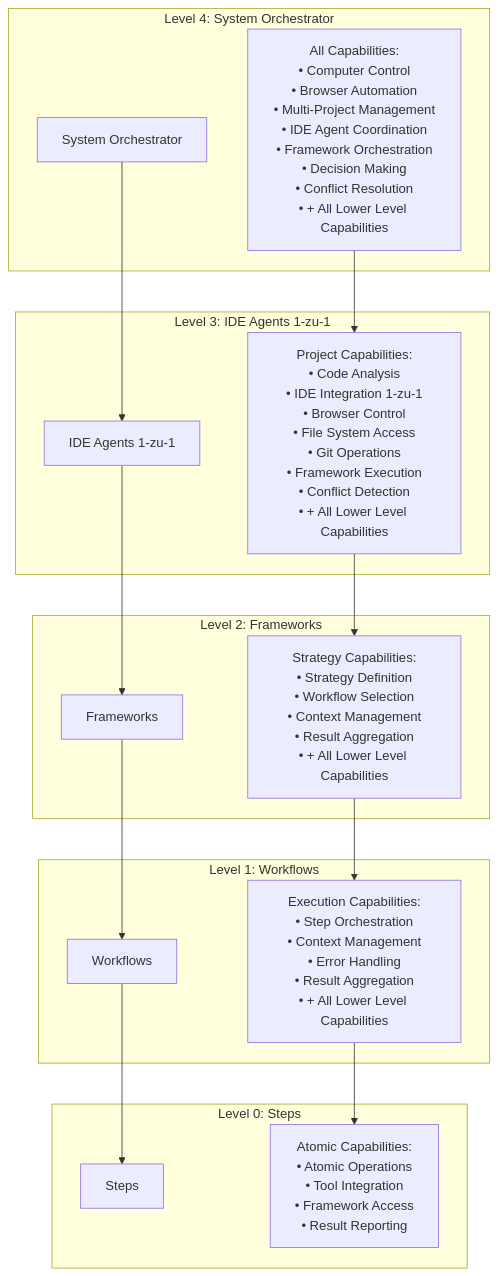
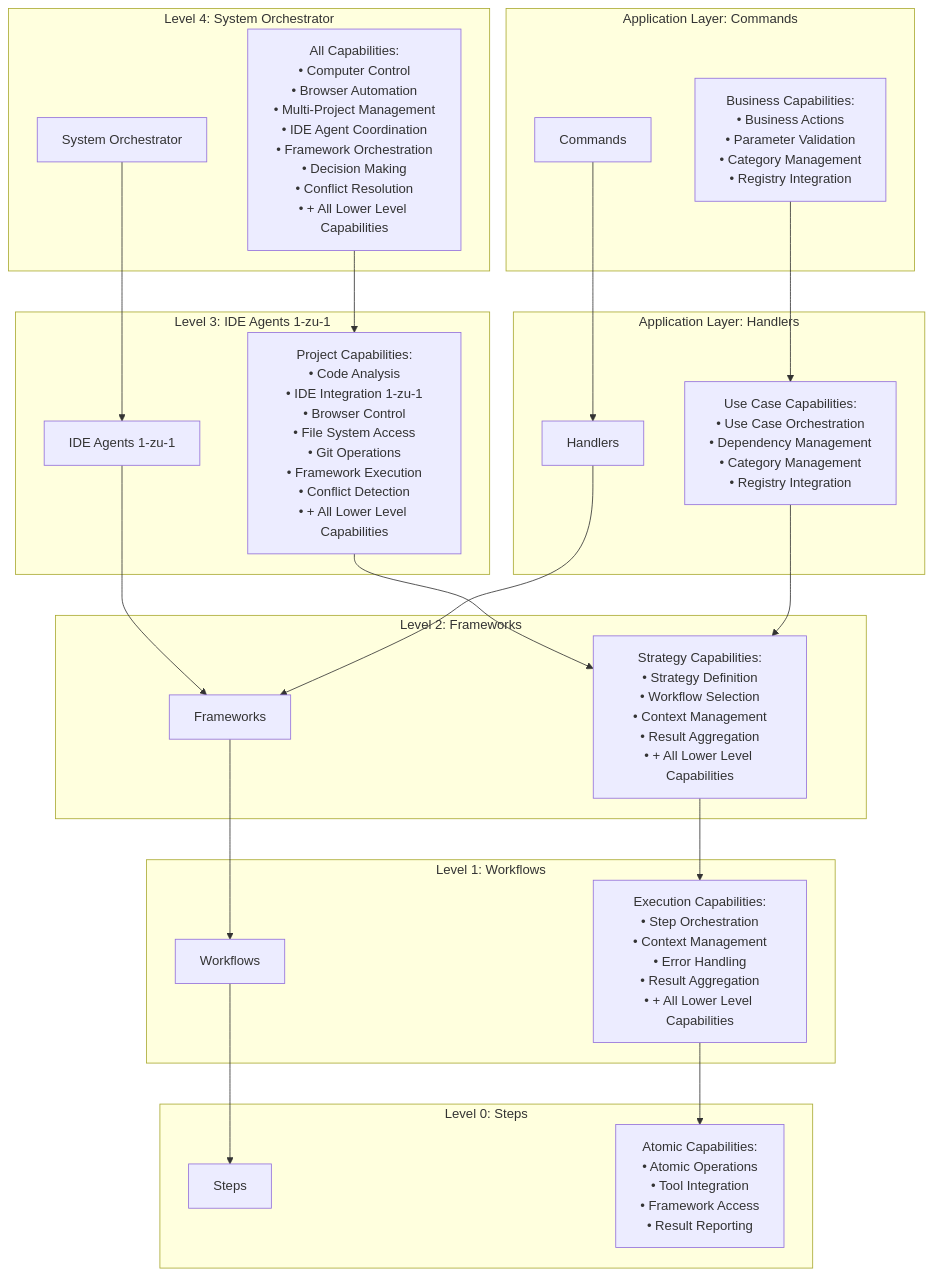
Before and after one commit to fr4iser90/PIDEA: the sixth of 6 diagrams in docs/architecture/meta-ebenen-capabilities.md, drawn with Mermaid. The commit also changed other lines of this file and 11 other files, not shown here.

First line of the commit message:
Enhance Architecture Documentation for Modular Commands and Handlers

````diff
--- a/docs/architecture/meta-ebenen-capabilities.md
+++ b/docs/architecture/meta-ebenen-capabilities.md
@@ -249,37 +307,51 @@
 ```mermaid
 graph TD
     subgraph "Level 4: System Orchestrator"
         SO[System Orchestrator]
         SO_CAPS["All Capabilities:\n• Computer Control\n• Browser Automation\n• Multi-Project Management\n• IDE Agent Coordination\n• Framework Orchestration\n• Decision Making\n• Conflict Resolution\n• + All Lower Level Capabilities"]
     end
     
     subgraph "Level 3: IDE Agents 1-zu-1"
         IA["IDE Agents 1-zu-1"]
         IA_CAPS["Project Capabilities:\n• Code Analysis\n• IDE Integration 1-zu-1\n• Browser Control\n• File System Access\n• Git Operations\n• Framework Execution\n• Conflict Detection\n• + All Lower Level Capabilities"]
     end
     
     subgraph "Level 2: Frameworks"
         FW["Frameworks"]
         FW_CAPS["Strategy Capabilities:\n• Strategy Definition\n• Workflow Selection\n• Context Management\n• Result Aggregation\n• + All Lower Level Capabilities"]
     end
     
     subgraph "Level 1: Workflows"
         WF["Workflows"]
         WF_CAPS["Execution Capabilities:\n• Step Orchestration\n• Context Management\n• Error Handling\n• Result Aggregation\n• + All Lower Level Capabilities"]
     end
     
     subgraph "Level 0: Steps"
         ST["Steps"]
         ST_CAPS["Atomic Capabilities:\n• Atomic Operations\n• Tool Integration\n• Framework Access\n• Result Reporting"]
     end
     
+    subgraph "Application Layer: Commands"
+        CMD["Commands"]
+        CMD_CAPS["Business Capabilities:\n• Business Actions\n• Parameter Validation\n• Category Management\n• Registry Integration"]
+    end
+    
+    subgraph "Application Layer: Handlers"
+        HND["Handlers"]
+        HND_CAPS["Use Case Capabilities:\n• Use Case Orchestration\n• Dependency Management\n• Category Management\n• Registry Integration"]
+    end
+    
     SO --> IA
     IA --> FW
     FW --> WF
     WF --> ST
+    CMD --> HND
+    HND --> FW
     
     SO_CAPS --> IA_CAPS
     IA_CAPS --> FW_CAPS
     FW_CAPS --> WF_CAPS
     WF_CAPS --> ST_CAPS
+    CMD_CAPS --> HND_CAPS
+    HND_CAPS --> FW_CAPS
 ```
````
